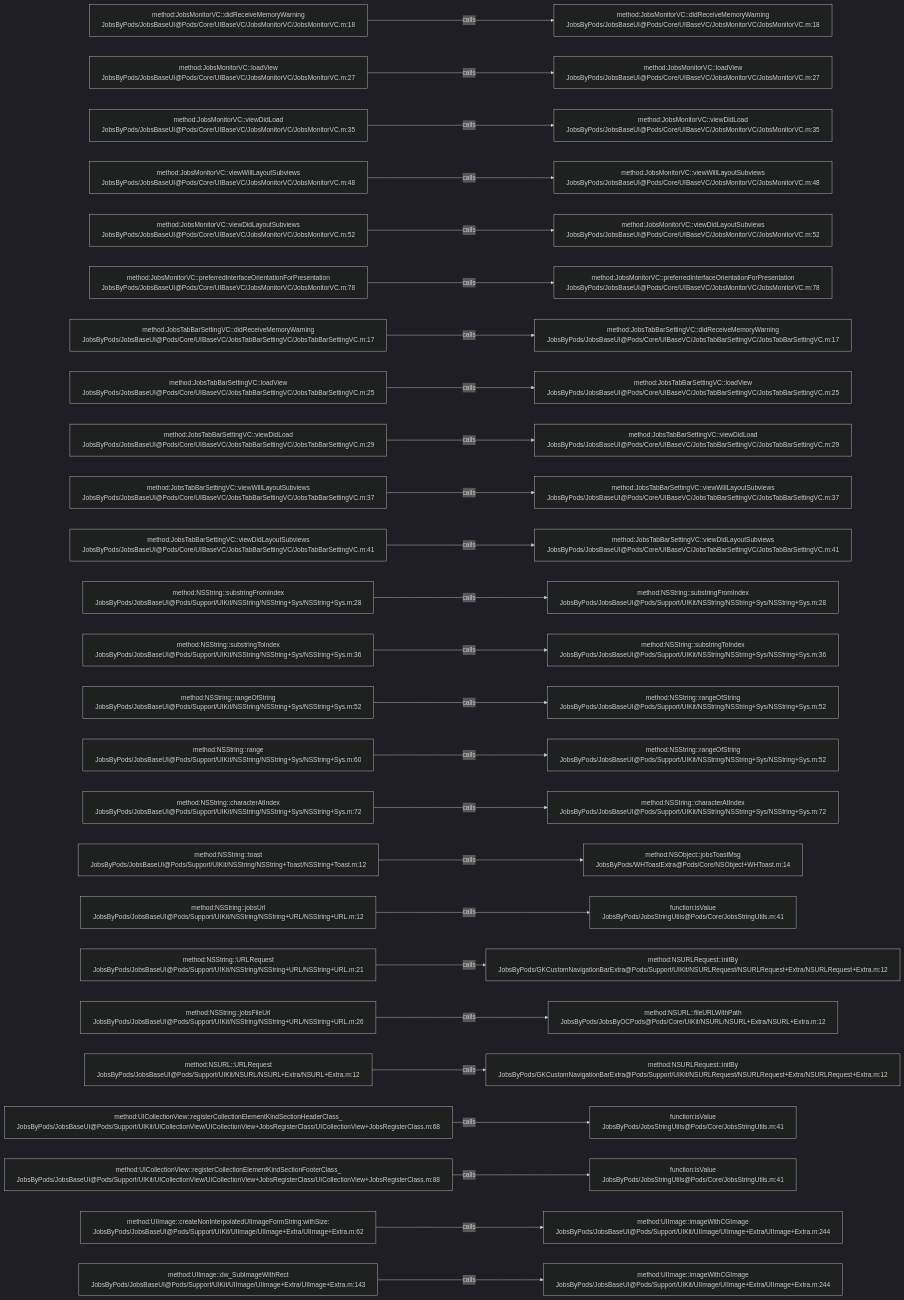
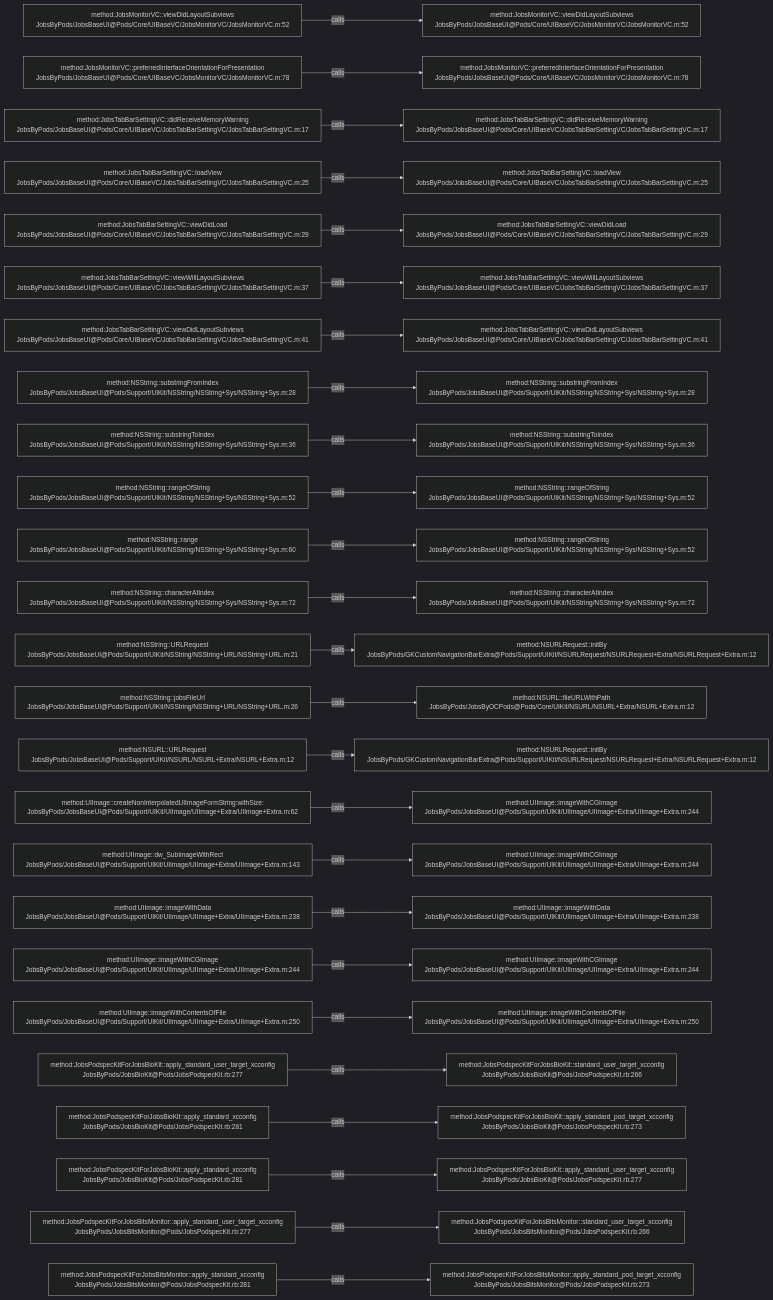
One commit to JobsKits/JobsOCBaseConfigDemo changed the diagram in .codegraph/codegraph.md/graphs/calls-003.md. Above: the diagram before and after it, drawn with Mermaid (dark theme). The commit also changed 1353 other files, not shown here.

````diff
--- a/.codegraph/codegraph.md/graphs/calls-003.md
+++ b/.codegraph/codegraph.md/graphs/calls-003.md
@@ -13,78 +13,78 @@
 ```mermaid
 flowchart LR
-  S1["method:JobsMonitorVC::didReceiveMemoryWarning<br/>JobsByPods/JobsBaseUI@Pods/Core/UIBaseVC/JobsMonitorVC/JobsMonitorVC.m:18"]
-  T1["method:JobsMonitorVC::didReceiveMemoryWarning<br/>JobsByPods/JobsBaseUI@Pods/Core/UIBaseVC/JobsMonitorVC/JobsMonitorVC.m:18"]
+  S1["method:JobsMonitorVC::viewDidLayoutSubviews<br/>JobsByPods/JobsBaseUI@Pods/Core/UIBaseVC/JobsMonitorVC/JobsMonitorVC.m:52"]
+  T1["method:JobsMonitorVC::viewDidLayoutSubviews<br/>JobsByPods/JobsBaseUI@Pods/Core/UIBaseVC/JobsMonitorVC/JobsMonitorVC.m:52"]
   S1 -->|calls| T1
-  S2["method:JobsMonitorVC::loadView<br/>JobsByPods/JobsBaseUI@Pods/Core/UIBaseVC/JobsMonitorVC/JobsMonitorVC.m:27"]
-  T2["method:JobsMonitorVC::loadView<br/>JobsByPods/JobsBaseUI@Pods/Core/UIBaseVC/JobsMonitorVC/JobsMonitorVC.m:27"]
+  S2["method:JobsMonitorVC::preferredInterfaceOrientationForPresentation<br/>JobsByPods/JobsBaseUI@Pods/Core/UIBaseVC/JobsMonitorVC/JobsMonitorVC.m:78"]
+  T2["method:JobsMonitorVC::preferredInterfaceOrientationForPresentation<br/>JobsByPods/JobsBaseUI@Pods/Core/UIBaseVC/JobsMonitorVC/JobsMonitorVC.m:78"]
   S2 -->|calls| T2
-  S3["method:JobsMonitorVC::viewDidLoad<br/>JobsByPods/JobsBaseUI@Pods/Core/UIBaseVC/JobsMonitorVC/JobsMonitorVC.m:35"]
-  T3["method:JobsMonitorVC::viewDidLoad<br/>JobsByPods/JobsBaseUI@Pods/Core/UIBaseVC/JobsMonitorVC/JobsMonitorVC.m:35"]
+  S3["method:JobsTabBarSettingVC::didReceiveMemoryWarning<br/>JobsByPods/JobsBaseUI@Pods/Core/UIBaseVC/JobsTabBarSettingVC/JobsTabBarSettingVC.m:17"]
+  T3["method:JobsTabBarSettingVC::didReceiveMemoryWarning<br/>JobsByPods/JobsBaseUI@Pods/Core/UIBaseVC/JobsTabBarSettingVC/JobsTabBarSettingVC.m:17"]
   S3 -->|calls| T3
-  S4["method:JobsMonitorVC::viewWillLayoutSubviews<br/>JobsByPods/JobsBaseUI@Pods/Core/UIBaseVC/JobsMonitorVC/JobsMonitorVC.m:48"]
-  T4["method:JobsMonitorVC::viewWillLayoutSubviews<br/>JobsByPods/JobsBaseUI@Pods/Core/UIBaseVC/JobsMonitorVC/JobsMonitorVC.m:48"]
+  S4["method:JobsTabBarSettingVC::loadView<br/>JobsByPods/JobsBaseUI@Pods/Core/UIBaseVC/JobsTabBarSettingVC/JobsTabBarSettingVC.m:25"]
+  T4["method:JobsTabBarSettingVC::loadView<br/>JobsByPods/JobsBaseUI@Pods/Core/UIBaseVC/JobsTabBarSettingVC/JobsTabBarSettingVC.m:25"]
   S4 -->|calls| T4
-  S5["method:JobsMonitorVC::viewDidLayoutSubviews<br/>JobsByPods/JobsBaseUI@Pods/Core/UIBaseVC/JobsMonitorVC/JobsMonitorVC.m:52"]
-  T5["method:JobsMonitorVC::viewDidLayoutSubviews<br/>JobsByPods/JobsBaseUI@Pods/Core/UIBaseVC/JobsMonitorVC/JobsMonitorVC.m:52"]
+  S5["method:JobsTabBarSettingVC::viewDidLoad<br/>JobsByPods/JobsBaseUI@Pods/Core/UIBaseVC/JobsTabBarSettingVC/JobsTabBarSettingVC.m:29"]
+  T5["method:JobsTabBarSettingVC::viewDidLoad<br/>JobsByPods/JobsBaseUI@Pods/Core/UIBaseVC/JobsTabBarSettingVC/JobsTabBarSettingVC.m:29"]
   S5 -->|calls| T5
-  S6["method:JobsMonitorVC::preferredInterfaceOrientationForPresentation<br/>JobsByPods/JobsBaseUI@Pods/Core/UIBaseVC/JobsMonitorVC/JobsMonitorVC.m:78"]
-  T6["method:JobsMonitorVC::preferredInterfaceOrientationForPresentation<br/>JobsByPods/JobsBaseUI@Pods/Core/UIBaseVC/JobsMonitorVC/JobsMonitorVC.m:78"]
+  S6["method:JobsTabBarSettingVC::viewWillLayoutSubviews<br/>JobsByPods/JobsBaseUI@Pods/Core/UIBaseVC/JobsTabBarSettingVC/JobsTabBarSettingVC.m:37"]
+  T6["method:JobsTabBarSettingVC::viewWillLayoutSubviews<br/>JobsByPods/JobsBaseUI@Pods/Core/UIBaseVC/JobsTabBarSettingVC/JobsTabBarSettingVC.m:37"]
   S6 -->|calls| T6
-  S7["method:JobsTabBarSettingVC::didReceiveMemoryWarning<br/>JobsByPods/JobsBaseUI@Pods/Core/UIBaseVC/JobsTabBarSettingVC/JobsTabBarSettingVC.m:17"]
-  T7["method:JobsTabBarSettingVC::didReceiveMemoryWarning<br/>JobsByPods/JobsBaseUI@Pods/Core/UIBaseVC/JobsTabBarSettingVC/JobsTabBarSettingVC.m:17"]
+  S7["method:JobsTabBarSettingVC::viewDidLayoutSubviews<br/>JobsByPods/JobsBaseUI@Pods/Core/UIBaseVC/JobsTabBarSettingVC/JobsTabBarSettingVC.m:41"]
+  T7["method:JobsTabBarSettingVC::viewDidLayoutSubviews<br/>JobsByPods/JobsBaseUI@Pods/Core/UIBaseVC/JobsTabBarSettingVC/JobsTabBarSettingVC.m:41"]
   S7 -->|calls| T7
-  S8["method:JobsTabBarSettingVC::loadView<br/>JobsByPods/JobsBaseUI@Pods/Core/UIBaseVC/JobsTabBarSettingVC/JobsTabBarSettingVC.m:25"]
-  T8["method:JobsTabBarSettingVC::loadView<br/>JobsByPods/JobsBaseUI@Pods/Core/UIBaseVC/JobsTabBarSettingVC/JobsTabBarSettingVC.m:25"]
+  S8["method:NSString::substringFromIndex<br/>JobsByPods/JobsBaseUI@Pods/Support/UIKit/NSString/NSString+Sys/NSString+Sys.m:28"]
+  T8["method:NSString::substringFromIndex<br/>JobsByPods/JobsBaseUI@Pods/Support/UIKit/NSString/NSString+Sys/NSString+Sys.m:28"]
   S8 -->|calls| T8
-  S9["method:JobsTabBarSettingVC::viewDidLoad<br/>JobsByPods/JobsBaseUI@Pods/Core/UIBaseVC/JobsTabBarSettingVC/JobsTabBarSettingVC.m:29"]
-  T9["method:JobsTabBarSettingVC::viewDidLoad<br/>JobsByPods/JobsBaseUI@Pods/Core/UIBaseVC/JobsTabBarSettingVC/JobsTabBarSettingVC.m:29"]
+  S9["method:NSString::substringToIndex<br/>JobsByPods/JobsBaseUI@Pods/Support/UIKit/NSString/NSString+Sys/NSString+Sys.m:36"]
+  T9["method:NSString::substringToIndex<br/>JobsByPods/JobsBaseUI@Pods/Support/UIKit/NSString/NSString+Sys/NSString+Sys.m:36"]
   S9 -->|calls| T9
-  S10["method:JobsTabBarSettingVC::viewWillLayoutSubviews<br/>JobsByPods/JobsBaseUI@Pods/Core/UIBaseVC/JobsTabBarSettingVC/JobsTabBarSettingVC.m:37"]
-  T10["method:JobsTabBarSettingVC::viewWillLayoutSubviews<br/>JobsByPods/JobsBaseUI@Pods/Core/UIBaseVC/JobsTabBarSettingVC/JobsTabBarSettingVC.m:37"]
+  S10["method:NSString::rangeOfString<br/>JobsByPods/JobsBaseUI@Pods/Support/UIKit/NSString/NSString+Sys/NSString+Sys.m:52"]
+  T10["method:NSString::rangeOfString<br/>JobsByPods/JobsBaseUI@Pods/Support/UIKit/NSString/NSString+Sys/NSString+Sys.m:52"]
   S10 -->|calls| T10
-  S11["method:JobsTabBarSettingVC::viewDidLayoutSubviews<br/>JobsByPods/JobsBaseUI@Pods/Core/UIBaseVC/JobsTabBarSettingVC/JobsTabBarSettingVC.m:41"]
-  T11["method:JobsTabBarSettingVC::viewDidLayoutSubviews<br/>JobsByPods/JobsBaseUI@Pods/Core/UIBaseVC/JobsTabBarSettingVC/JobsTabBarSettingVC.m:41"]
+  S11["method:NSString::range<br/>JobsByPods/JobsBaseUI@Pods/Support/UIKit/NSString/NSString+Sys/NSString+Sys.m:60"]
+  T11["method:NSString::rangeOfString<br/>JobsByPods/JobsBaseUI@Pods/Support/UIKit/NSString/NSString+Sys/NSString+Sys.m:52"]
   S11 -->|calls| T11
-  S12["method:NSString::substringFromIndex<br/>JobsByPods/JobsBaseUI@Pods/Support/UIKit/NSString/NSString+Sys/NSString+Sys.m:28"]
-  T12["method:NSString::substringFromIndex<br/>JobsByPods/JobsBaseUI@Pods/Support/UIKit/NSString/NSString+Sys/NSString+Sys.m:28"]
+  S12["method:NSString::characterAtIndex<br/>JobsByPods/JobsBaseUI@Pods/Support/UIKit/NSString/NSString+Sys/NSString+Sys.m:72"]
+  T12["method:NSString::characterAtIndex<br/>JobsByPods/JobsBaseUI@Pods/Support/UIKit/NSString/NSString+Sys/NSString+Sys.m:72"]
   S12 -->|calls| T12
-  S13["method:NSString::substringToIndex<br/>JobsByPods/JobsBaseUI@Pods/Support/UIKit/NSString/NSString+Sys/NSString+Sys.m:36"]
-  T13["method:NSString::substringToIndex<br/>JobsByPods/JobsBaseUI@Pods/Support/UIKit/NSString/NSString+Sys/NSString+Sys.m:36"]
+  S13["method:NSString::URLRequest<br/>JobsByPods/JobsBaseUI@Pods/Support/UIKit/NSString/NSString+URL/NSString+URL.m:21"]
+  T13["method:NSURLRequest::initBy<br/>JobsByPods/GKCustomNavigationBarExtra@Pods/Support/UIKit/NSURLRequest/NSURLRequest+Extra/NSURLRequest+Extra.m:12"]
   S13 -->|calls| T13
-  S14["method:NSString::rangeOfString<br/>JobsByPods/JobsBaseUI@Pods/Support/UIKit/NSString/NSString+Sys/NSString+Sys.m:52"]
-  T14["method:NSString::rangeOfString<br/>JobsByPods/JobsBaseUI@Pods/Support/UIKit/NSString/NSString+Sys/NSString+Sys.m:52"]
+  S14["method:NSString::jobsFileUrl<br/>JobsByPods/JobsBaseUI@Pods/Support/UIKit/NSString/NSString+URL/NSString+URL.m:26"]
+  T14["method:NSURL::fileURLWithPath<br/>JobsByPods/JobsByOCPods@Pods/Core/UIKit/NSURL/NSURL+Extra/NSURL+Extra.m:12"]
   S14 -->|calls| T14
-  S15["method:NSString::range<br/>JobsByPods/JobsBaseUI@Pods/Support/UIKit/NSString/NSString+Sys/NSString+Sys.m:60"]
-  T15["method:NSString::rangeOfString<br/>JobsByPods/JobsBaseUI@Pods/Support/UIKit/NSString/NSString+Sys/NSString+Sys.m:52"]
+  S15["method:NSURL::URLRequest<br/>JobsByPods/JobsBaseUI@Pods/Support/UIKit/NSURL/NSURL+Extra/NSURL+Extra.m:12"]
+  T15["method:NSURLRequest::initBy<br/>JobsByPods/GKCustomNavigationBarExtra@Pods/Support/UIKit/NSURLRequest/NSURLRequest+Extra/NSURLRequest+Extra.m:12"]
   S15 -->|calls| T15
-  S16["method:NSString::characterAtIndex<br/>JobsByPods/JobsBaseUI@Pods/Support/UIKit/NSString/NSString+Sys/NSString+Sys.m:72"]
-  T16["method:NSString::characterAtIndex<br/>JobsByPods/JobsBaseUI@Pods/Support/UIKit/NSString/NSString+Sys/NSString+Sys.m:72"]
+  S16["method:UIImage::createNonInterpolatedUIImageFormString:withSize:<br/>JobsByPods/JobsBaseUI@Pods/Support/UIKit/UIImage/UIImage+Extra/UIImage+Extra.m:62"]
+  T16["method:UIImage::imageWithCGImage<br/>JobsByPods/JobsBaseUI@Pods/Support/UIKit/UIImage/UIImage+Extra/UIImage+Extra.m:244"]
   S16 -->|calls| T16
-  S17["method:NSString::toast<br/>JobsByPods/JobsBaseUI@Pods/Support/UIKit/NSString/NSString+Toast/NSString+Toast.m:12"]
-  T17["method:NSObject::jobsToastMsg<br/>JobsByPods/WHToastExtra@Pods/Core/NSObject+WHToast.m:14"]
+  S17["method:UIImage::dw_SubImageWithRect<br/>JobsByPods/JobsBaseUI@Pods/Support/UIKit/UIImage/UIImage+Extra/UIImage+Extra.m:143"]
+  T17["method:UIImage::imageWithCGImage<br/>JobsByPods/JobsBaseUI@Pods/Support/UIKit/UIImage/UIImage+Extra/UIImage+Extra.m:244"]
   S17 -->|calls| T17
-  S18["method:NSString::jobsUrl<br/>JobsByPods/JobsBaseUI@Pods/Support/UIKit/NSString/NSString+URL/NSString+URL.m:12"]
-  T18["function:isValue<br/>JobsByPods/JobsStringUtils@Pods/Core/JobsStringUtils.m:41"]
+  S18["method:UIImage::imageWithData<br/>JobsByPods/JobsBaseUI@Pods/Support/UIKit/UIImage/UIImage+Extra/UIImage+Extra.m:238"]
+  T18["method:UIImage::imageWithData<br/>JobsByPods/JobsBaseUI@Pods/Support/UIKit/UIImage/UIImage+Extra/UIImage+Extra.m:238"]
   S18 -->|calls| T18
-  S19["method:NSString::URLRequest<br/>JobsByPods/JobsBaseUI@Pods/Support/UIKit/NSString/NSString+URL/NSString+URL.m:21"]
-  T19["method:NSURLRequest::initBy<br/>JobsByPods/GKCustomNavigationBarExtra@Pods/Support/UIKit/NSURLRequest/NSURLRequest+Extra/NSURLRequest+Extra.m:12"]
+  S19["method:UIImage::imageWithCGImage<br/>JobsByPods/JobsBaseUI@Pods/Support/UIKit/UIImage/UIImage+Extra/UIImage+Extra.m:244"]
+  T19["method:UIImage::imageWithCGImage<br/>JobsByPods/JobsBaseUI@Pods/Support/UIKit/UIImage/UIImage+Extra/UIImage+Extra.m:244"]
   S19 -->|calls| T19
-  S20["method:NSString::jobsFileUrl<br/>JobsByPods/JobsBaseUI@Pods/Support/UIKit/NSString/NSString+URL/NSString+URL.m:26"]
-  T20["method:NSURL::fileURLWithPath<br/>JobsByPods/JobsByOCPods@Pods/Core/UIKit/NSURL/NSURL+Extra/NSURL+Extra.m:12"]
+  S20["method:UIImage::imageWithContentsOfFile<br/>JobsByPods/JobsBaseUI@Pods/Support/UIKit/UIImage/UIImage+Extra/UIImage+Extra.m:250"]
+  T20["method:UIImage::imageWithContentsOfFile<br/>JobsByPods/JobsBaseUI@Pods/Support/UIKit/UIImage/UIImage+Extra/UIImage+Extra.m:250"]
   S20 -->|calls| T20
-  S21["method:NSURL::URLRequest<br/>JobsByPods/JobsBaseUI@Pods/Support/UIKit/NSURL/NSURL+Extra/NSURL+Extra.m:12"]
-  T21["method:NSURLRequest::initBy<br/>JobsByPods/GKCustomNavigationBarExtra@Pods/Support/UIKit/NSURLRequest/NSURLRequest+Extra/NSURLRequest+Extra.m:12"]
+  S21["method:JobsPodspecKitForJobsBioKit::apply_standard_user_target_xcconfig<br/>JobsByPods/JobsBioKit@Pods/JobsPodspecKit.rb:277"]
+  T21["method:JobsPodspecKitForJobsBioKit::standard_user_target_xcconfig<br/>JobsByPods/JobsBioKit@Pods/JobsPodspecKit.rb:266"]
   S21 -->|calls| T21
-  S22["method:UICollectionView::registerCollectionElementKindSectionHeaderClass_<br/>JobsByPods/JobsBaseUI@Pods/Support/UIKit/UICollectionView/UICollectionView+JobsRegisterClass/UICollectionView+JobsRegisterClass.m:68"]
-  T22["function:isValue<br/>JobsByPods/JobsStringUtils@Pods/Core/JobsStringUtils.m:41"]
+  S22["method:JobsPodspecKitForJobsBioKit::apply_standard_xcconfig<br/>JobsByPods/JobsBioKit@Pods/JobsPodspecKit.rb:281"]
+  T22["method:JobsPodspecKitForJobsBioKit::apply_standard_pod_target_xcconfig<br/>JobsByPods/JobsBioKit@Pods/JobsPodspecKit.rb:273"]
   S22 -->|calls| T22
-  S23["method:UICollectionView::registerCollectionElementKindSectionFooterClass_<br/>JobsByPods/JobsBaseUI@Pods/Support/UIKit/UICollectionView/UICollectionView+JobsRegisterClass/UICollectionView+JobsRegisterClass.m:88"]
-  T23["function:isValue<br/>JobsByPods/JobsStringUtils@Pods/Core/JobsStringUtils.m:41"]
+  S23["method:JobsPodspecKitForJobsBioKit::apply_standard_xcconfig<br/>JobsByPods/JobsBioKit@Pods/JobsPodspecKit.rb:281"]
+  T23["method:JobsPodspecKitForJobsBioKit::apply_standard_user_target_xcconfig<br/>JobsByPods/JobsBioKit@Pods/JobsPodspecKit.rb:277"]
   S23 -->|calls| T23
-  S24["method:UIImage::createNonInterpolatedUIImageFormString:withSize:<br/>JobsByPods/JobsBaseUI@Pods/Support/UIKit/UIImage/UIImage+Extra/UIImage+Extra.m:62"]
-  T24["method:UIImage::imageWithCGImage<br/>JobsByPods/JobsBaseUI@Pods/Support/UIKit/UIImage/UIImage+Extra/UIImage+Extra.m:244"]
+  S24["method:JobsPodspecKitForJobsBitsMonitor::apply_standard_user_target_xcconfig<br/>JobsByPods/JobsBitsMonitor@Pods/JobsPodspecKit.rb:277"]
+  T24["method:JobsPodspecKitForJobsBitsMonitor::standard_user_target_xcconfig<br/>JobsByPods/JobsBitsMonitor@Pods/JobsPodspecKit.rb:266"]
   S24 -->|calls| T24
-  S25["method:UIImage::dw_SubImageWithRect<br/>JobsByPods/JobsBaseUI@Pods/Support/UIKit/UIImage/UIImage+Extra/UIImage+Extra.m:143"]
-  T25["method:UIImage::imageWithCGImage<br/>JobsByPods/JobsBaseUI@Pods/Support/UIKit/UIImage/UIImage+Extra/UIImage+Extra.m:244"]
+  S25["method:JobsPodspecKitForJobsBitsMonitor::apply_standard_xcconfig<br/>JobsByPods/JobsBitsMonitor@Pods/JobsPodspecKit.rb:281"]
+  T25["method:JobsPodspecKitForJobsBitsMonitor::apply_standard_pod_target_xcconfig<br/>JobsByPods/JobsBitsMonitor@Pods/JobsPodspecKit.rb:273"]
   S25 -->|calls| T25
 ```
````
